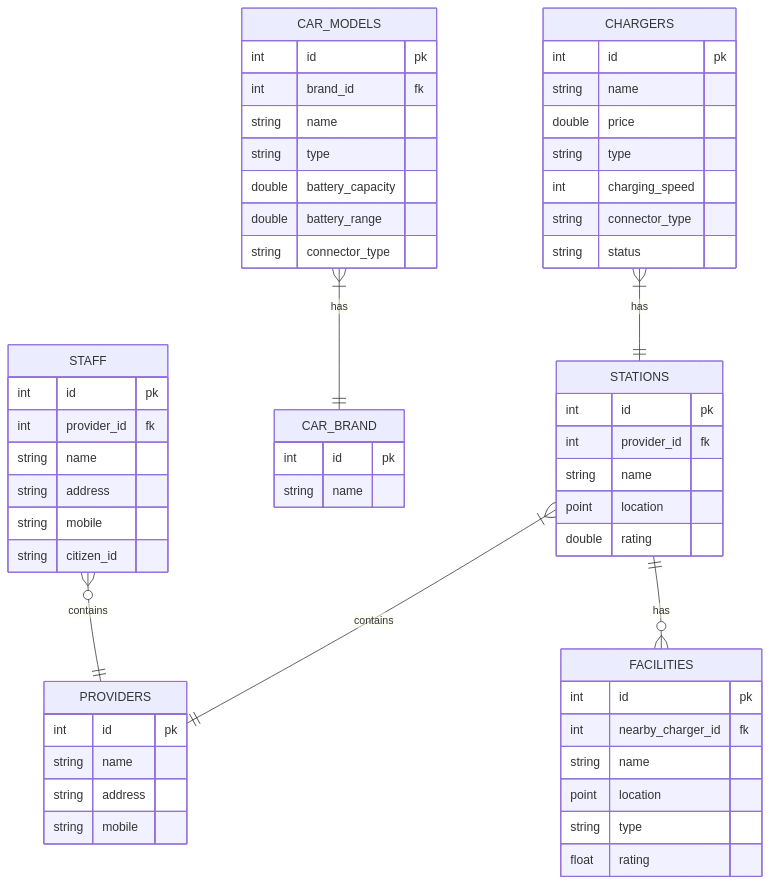
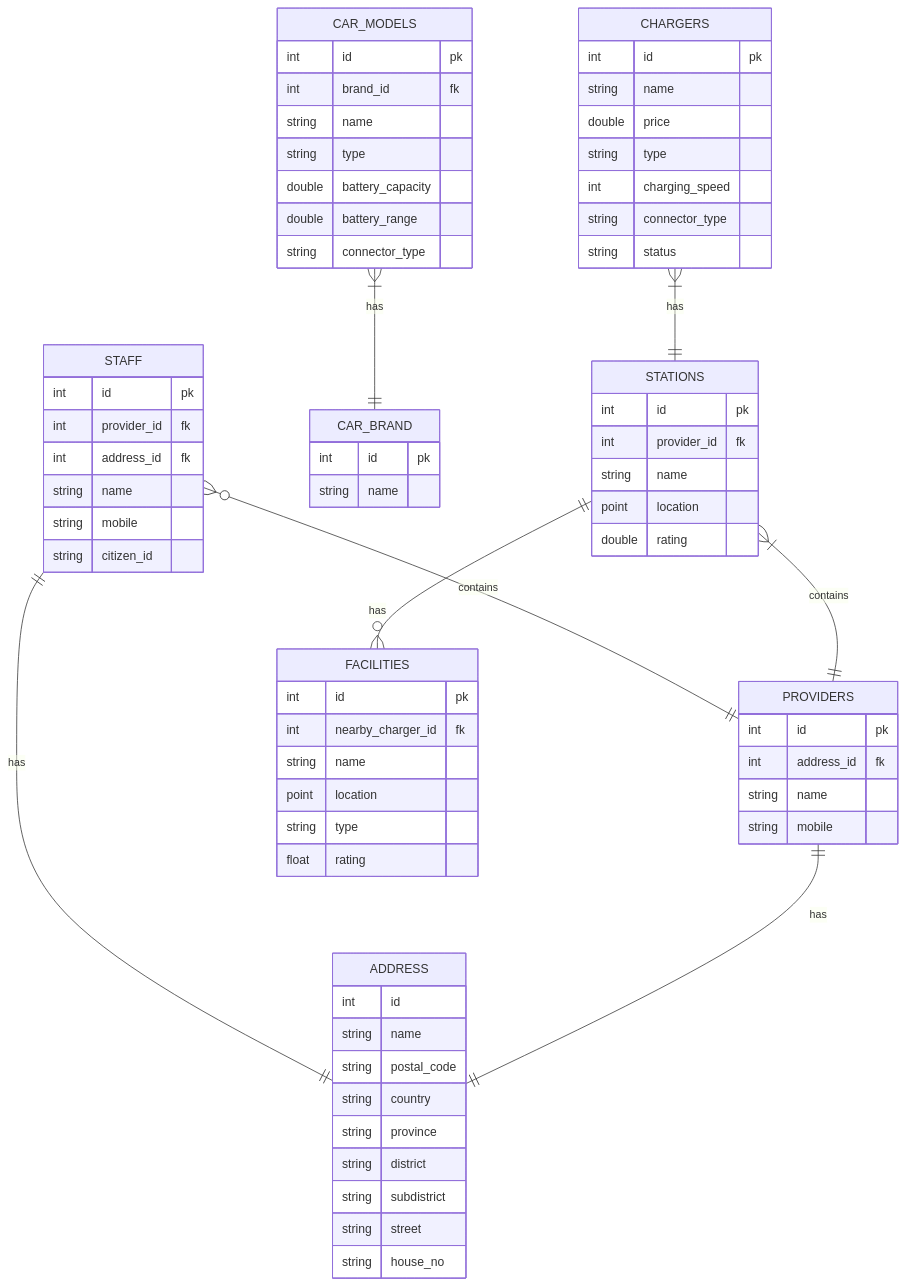
Before and after one commit to ongzasad/ev-trip-planner: the diagram in db.md, drawn with Mermaid.

Commit message:
separate address table

````diff
--- a/db.md
+++ b/db.md
@@ -2,60 +2,73 @@
 ```mermaid
     erDiagram
         STAFF {
             int id pk
             int provider_id fk
+            int address_id fk
             string name
-            string address
             string mobile
             string citizen_id
         }
         PROVIDERS {
             int id pk
+            int address_id fk
             string name
-            string address
             string mobile
         }
         CAR_MODELS {
             int id pk
             int brand_id fk
             string name
             string type
             double battery_capacity
             double battery_range
             string connector_type
         }
         CAR_BRAND {
             int id pk
             string name
         }
         FACILITIES {
             int id pk
             int nearby_charger_id fk
             string name
             point location
             string type
             float rating
         }
         CHARGERS {
             int id pk
             string name
             double price
             string type
             int charging_speed
             string connector_type
             string status
         }
         STATIONS {
             int id pk
             int provider_id fk
             string name
             point location
             double rating
         }
+        ADDRESS {
+            int id
+            string name
+            string postal_code
+            string country
+            string province
+            string district
+            string subdistrict
+            string street
+            string house_no
+        }
 
         STAFF o{--|| PROVIDERS : contains
         STATIONS |{--|| PROVIDERS : contains
         CAR_MODELS |{--|| CAR_BRAND : has
         STATIONS ||--o{ FACILITIES : has
         CHARGERS |{--|| STATIONS : has
+        STAFF ||--|| ADDRESS : has
+        PROVIDERS ||--|| ADDRESS : has
 ```     
````
